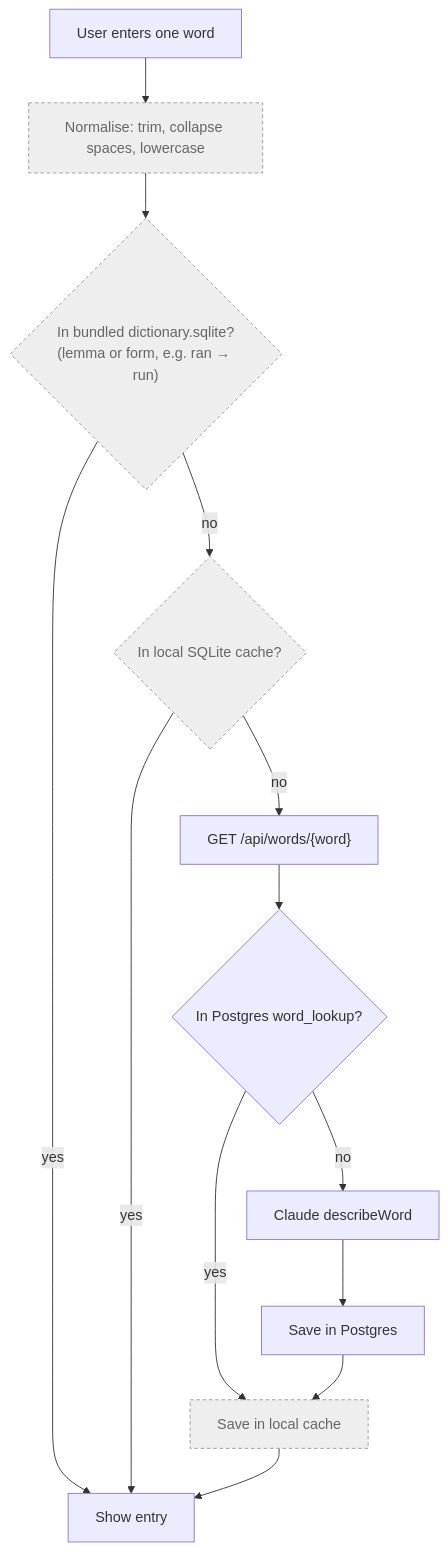
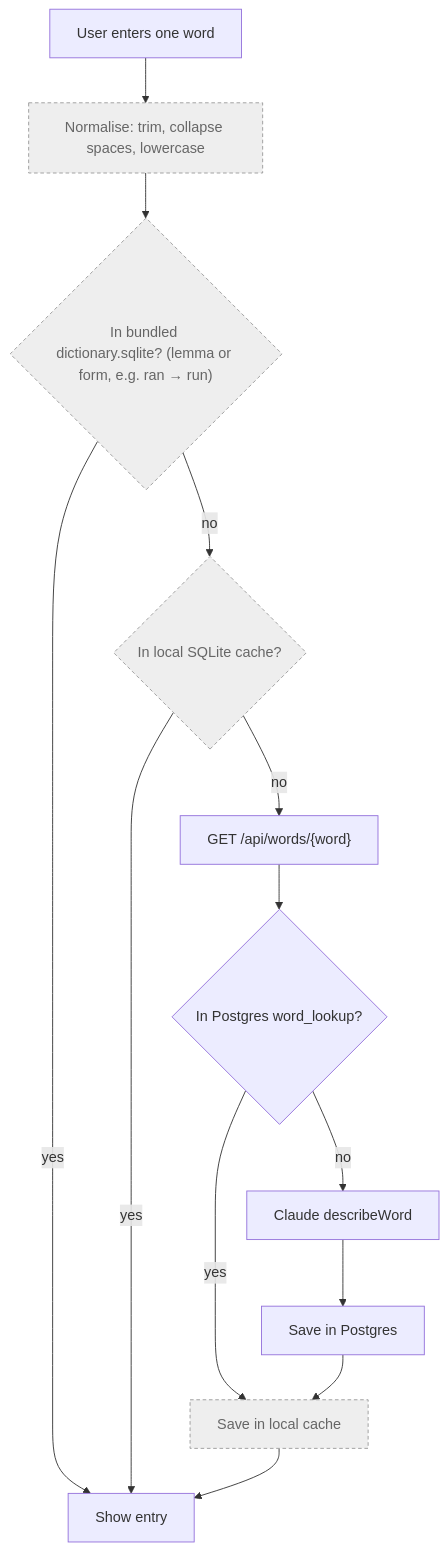
Before and after one commit to tranphuocloc070699/saynata: the first of 2 diagrams in backlog/docs/features/doc-5 - Word-lookup.md, drawn with Mermaid. The commit also changed other lines of this file and 8 other files, not shown here.

````diff
--- a/backlog/docs/features/doc-5 - Word-lookup.md
+++ b/backlog/docs/features/doc-5 - Word-lookup.md
@@ -22,16 +22,16 @@
 ```mermaid
 flowchart TD
     A[User enters one word] --> N["Normalise: trim, collapse spaces, lowercase"]
-    N --> B{"In bundled dictionary.sqlite?<br/>(lemma or form, e.g. ran → run)"}
+    N --> B{"In bundled dictionary.sqlite? (lemma or form, e.g. ran → run)"}
     B -- yes --> SHOW[Show entry]
     B -- no --> L{"In local SQLite cache?"}
     L -- yes --> SHOW
     L -- no --> API["GET /api/words/{word}"]
     API --> PG{"In Postgres word_lookup?"}
     PG -- yes --> SAVE[Save in local cache]
     PG -- no --> CL[Claude describeWord] --> PGS[Save in Postgres] --> SAVE
     SAVE --> SHOW
 
     classDef todo fill:#eee,stroke:#999,stroke-dasharray: 4 3,color:#666
     class N,B,L,SAVE todo
 ```
````
